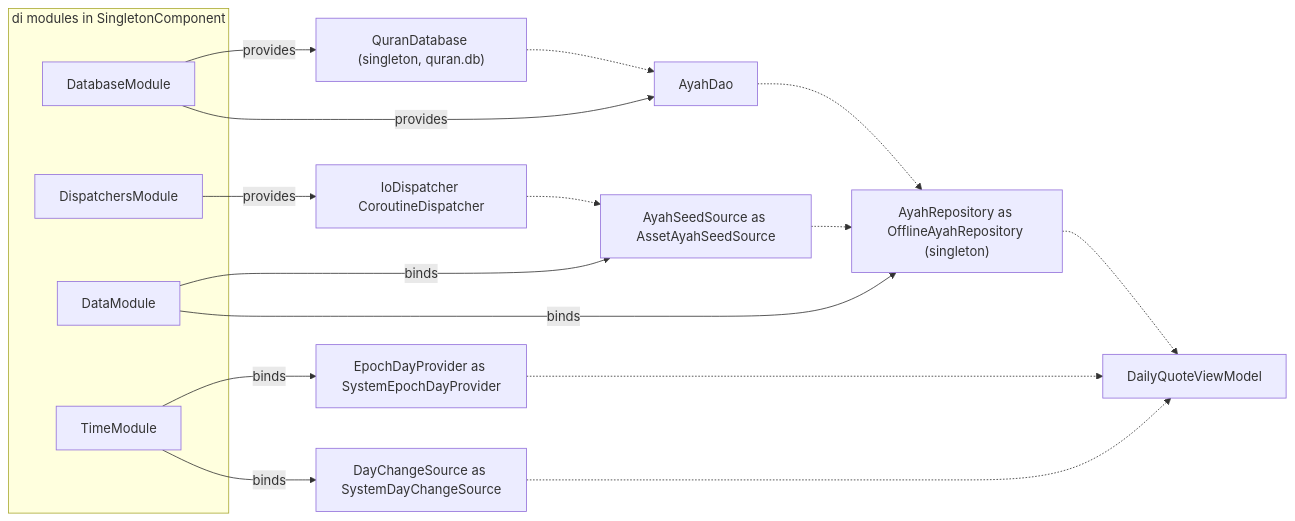
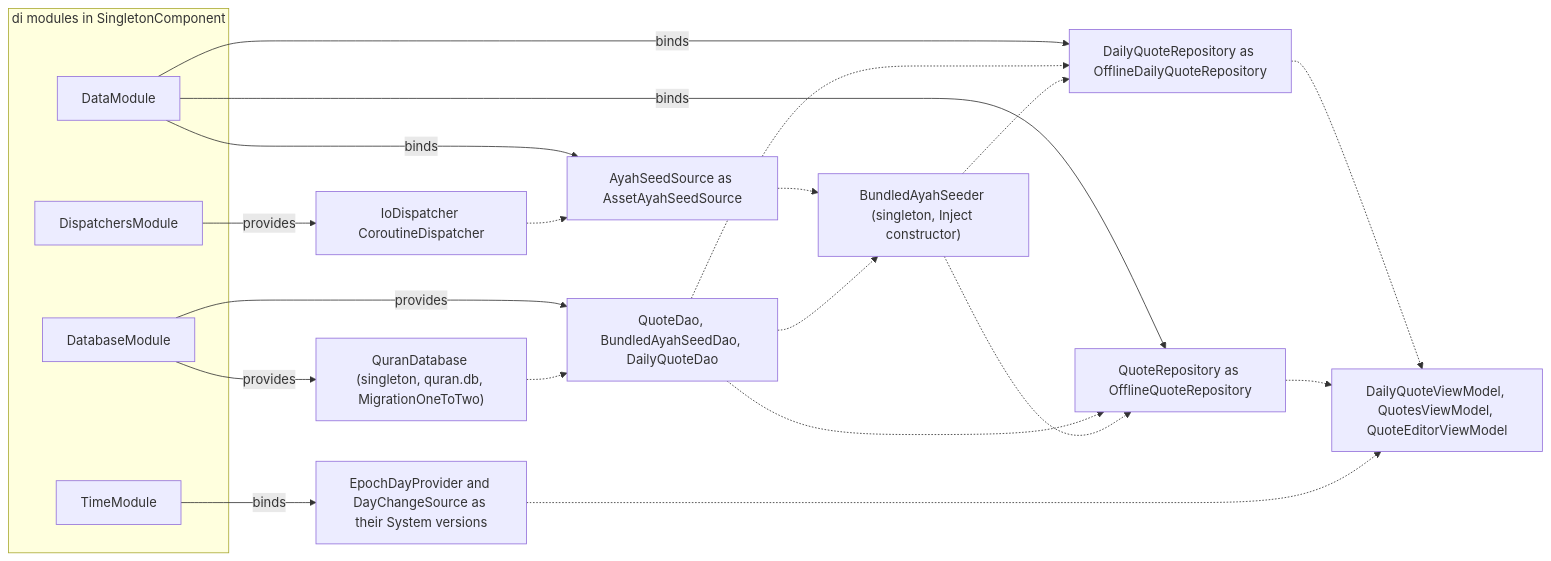
One commit to shibbirweb/al-quran-quotes-android changed the third of 3 diagrams in docs/Developer-Architecture.md. Above: the diagram before and after it, drawn with Mermaid. The commit also changed other lines of this file and 206 other files, not shown here.

First line of the commit message:
feat: add bottom navigation, quote CRUD with editable bundled ayahs, and a Room schema history check

````diff
--- a/docs/Developer-Architecture.md
+++ b/docs/Developer-Architecture.md
@@ -78,31 +117,36 @@
 ```mermaid
 flowchart LR
     subgraph Modules["di modules in SingletonComponent"]
         DatabaseModule["DatabaseModule"]
         DispatchersModule["DispatchersModule"]
         DataModule["DataModule"]
         TimeModule["TimeModule"]
     end
-    Database["QuranDatabase (singleton, quran.db)"]
-    Dao["AyahDao"]
+    Database["QuranDatabase (singleton, quran.db, MigrationOneToTwo)"]
+    Daos["QuoteDao, BundledAyahSeedDao, DailyQuoteDao"]
     IoDispatcher["IoDispatcher CoroutineDispatcher"]
     SeedSource["AyahSeedSource as AssetAyahSeedSource"]
-    Repository["AyahRepository as OfflineAyahRepository (singleton)"]
-    DayProvider["EpochDayProvider as SystemEpochDayProvider"]
-    DayChanges["DayChangeSource as SystemDayChangeSource"]
-    ViewModel["DailyQuoteViewModel"]
+    Seeder["BundledAyahSeeder (singleton, Inject constructor)"]
+    DailyRepository["DailyQuoteRepository as OfflineDailyQuoteRepository"]
+    QuoteRepository["QuoteRepository as OfflineQuoteRepository"]
+    Time["EpochDayProvider and DayChangeSource as their System versions"]
+    ViewModels["DailyQuoteViewModel, QuotesViewModel, QuoteEditorViewModel"]
     DatabaseModule -->|"provides"| Database
-    DatabaseModule -->|"provides"| Dao
+    DatabaseModule -->|"provides"| Daos
     DispatchersModule -->|"provides"| IoDispatcher
     DataModule -->|"binds"| SeedSource
-    DataModule -->|"binds"| Repository
-    TimeModule -->|"binds"| DayProvider
-    TimeModule -->|"binds"| DayChanges
-    Database -.-> Dao
+    DataModule -->|"binds"| DailyRepository
+    DataModule -->|"binds"| QuoteRepository
+    TimeModule -->|"binds"| Time
+    Database -.-> Daos
     IoDispatcher -.-> SeedSource
-    Dao -.-> Repository
-    SeedSource -.-> Repository
-    Repository -.-> ViewModel
-    DayProvider -.-> ViewModel
-    DayChanges -.-> ViewModel
+    SeedSource -.-> Seeder
+    Daos -.-> Seeder
+    Daos -.-> DailyRepository
+    Daos -.-> QuoteRepository
+    Seeder -.-> DailyRepository
+    Seeder -.-> QuoteRepository
+    DailyRepository -.-> ViewModels
+    QuoteRepository -.-> ViewModels
+    Time -.-> ViewModels
 ```
````
